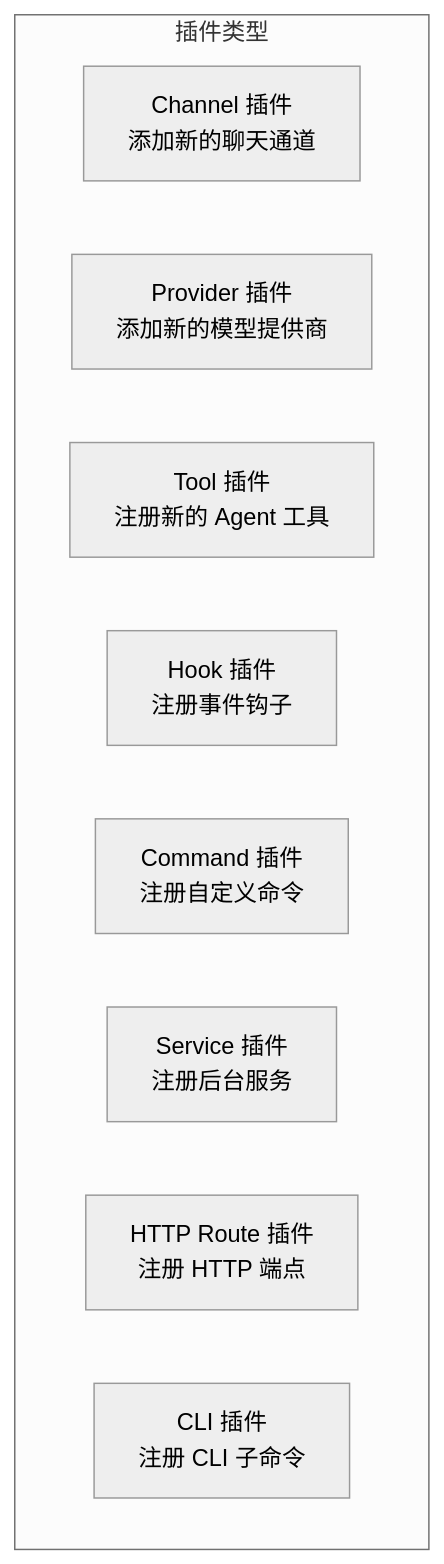
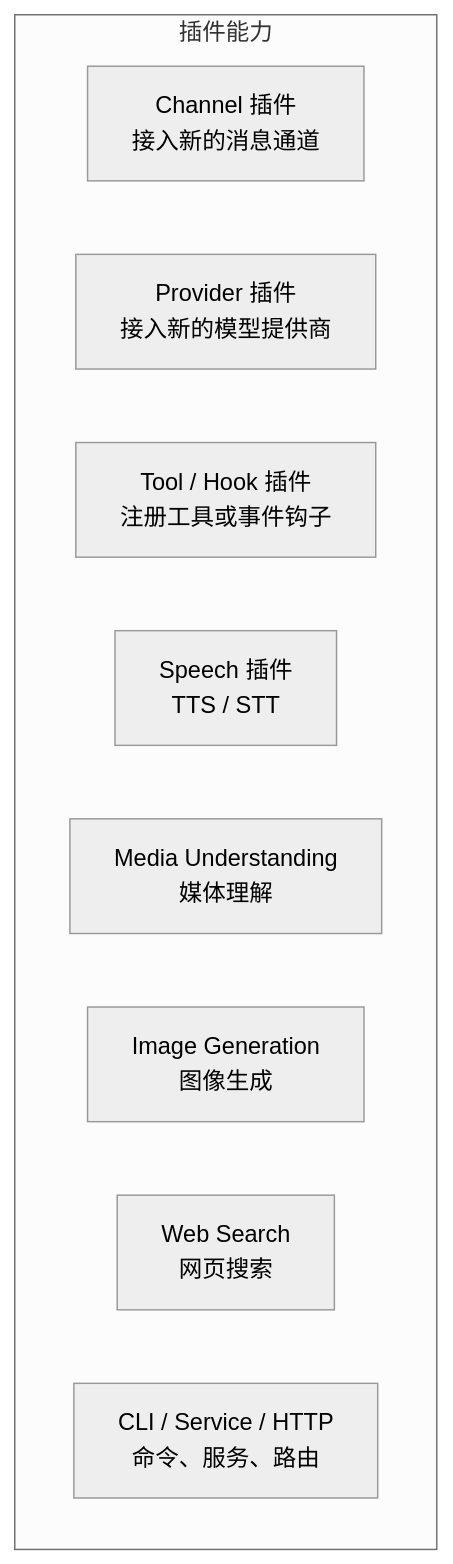
Before and after one commit to Cleam/openclaw: the first of 2 diagrams in learn/10-plugins.md, drawn with Mermaid (neutral theme). The commit also changed other lines of this file, not shown here.

````diff
--- a/learn/10-plugins.md
+++ b/learn/10-plugins.md
@@ -11,13 +11,13 @@
 ```mermaid
 flowchart TB
-    subgraph 插件类型
-        CH[Channel 插件<br/>添加新的聊天通道]
-        PR[Provider 插件<br/>添加新的模型提供商]
-        TL[Tool 插件<br/>注册新的 Agent 工具]
-        HK[Hook 插件<br/>注册事件钩子]
-        CMD[Command 插件<br/>注册自定义命令]
-        SVC[Service 插件<br/>注册后台服务]
-        HTTP[HTTP Route 插件<br/>注册 HTTP 端点]
-        CLI_P[CLI 插件<br/>注册 CLI 子命令]
+    subgraph 插件能力
+        CH[Channel 插件<br/>接入新的消息通道]
+        PR[Provider 插件<br/>接入新的模型提供商]
+        TL[Tool / Hook 插件<br/>注册工具或事件钩子]
+        SP[Speech 插件<br/>TTS / STT]
+        MU[Media Understanding<br/>媒体理解]
+        IG[Image Generation<br/>图像生成]
+        WS[Web Search<br/>网页搜索]
+        CLI[CLI / Service / HTTP<br/>命令、服务、路由]
     end
 ```
````
